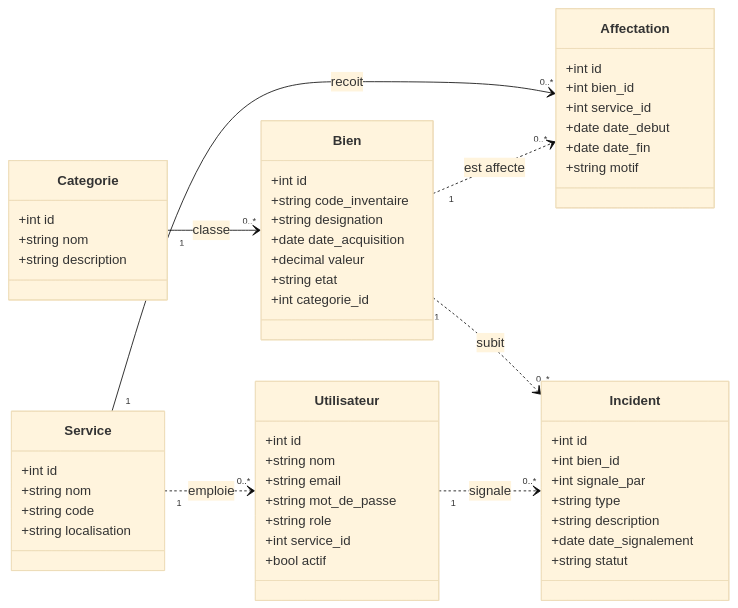
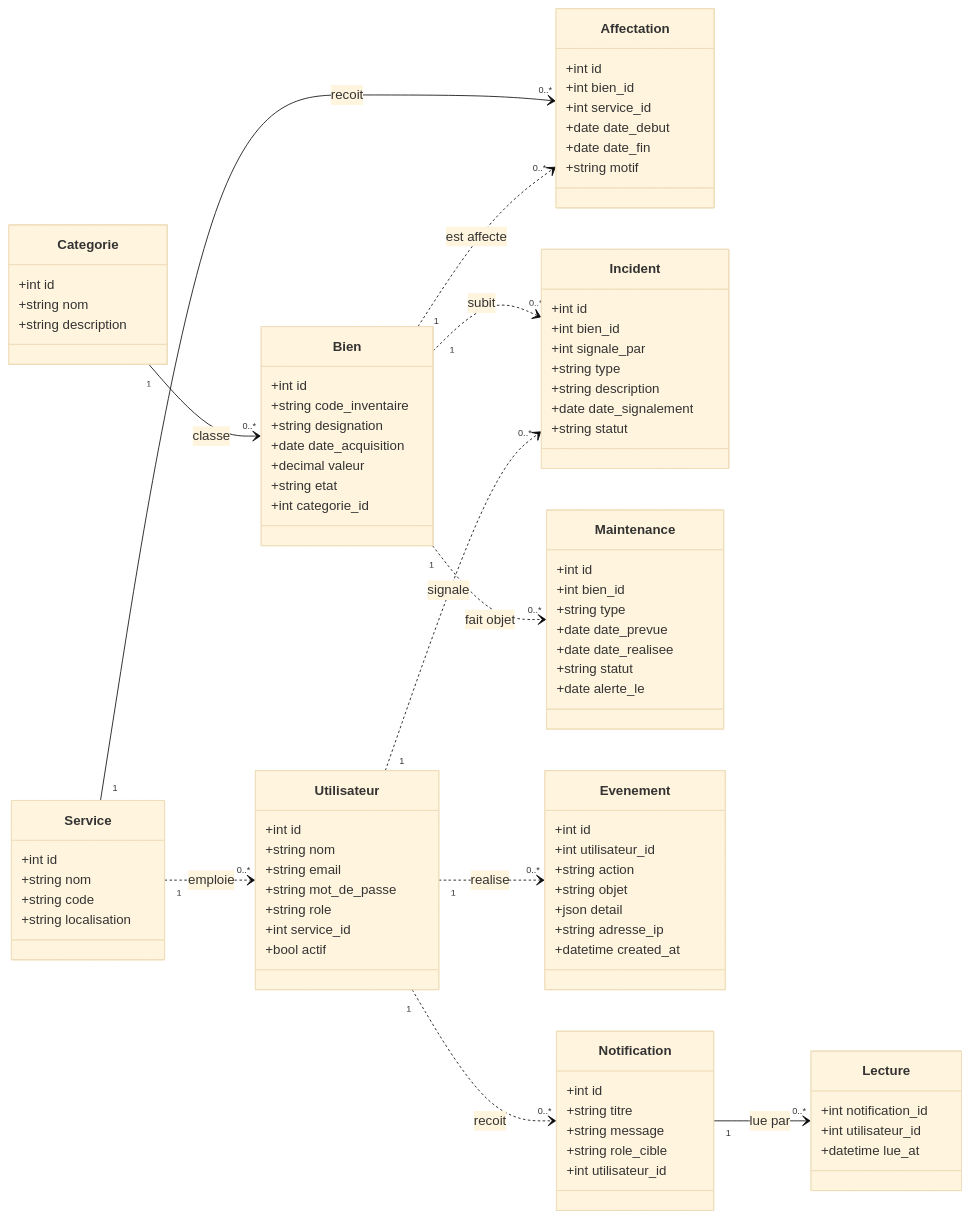
One commit to adigoufelix-hash/patrimoine-etat changed the first of 5 diagrams in docs/UML.md. Above: the diagram before and after it, drawn with Mermaid (base theme). The commit also changed other lines of this file and 7 other files, not shown here.

Commit message:
Documentation complète à jour : sept services, RG13 à RG16, UML, maquettes, README d'installation

````diff
--- a/docs/UML.md
+++ b/docs/UML.md
@@ -61,10 +61,44 @@
   +date date_signalement
   +string statut
 }
+class Maintenance {
+  +int id
+  +int bien_id
+  +string type
+  +date date_prevue
+  +date date_realisee
+  +string statut
+  +date alerte_le
+}
+class Evenement {
+  +int id
+  +int utilisateur_id
+  +string action
+  +string objet
+  +json detail
+  +string adresse_ip
+  +datetime created_at
+}
+class Notification {
+  +int id
+  +string titre
+  +string message
+  +string role_cible
+  +int utilisateur_id
+}
+class Lecture {
+  +int notification_id
+  +int utilisateur_id
+  +datetime lue_at
+}
 Categorie "1" --> "0..*" Bien : classe
 Service "1" --> "0..*" Affectation : recoit
+Notification "1" --> "0..*" Lecture : lue par
 Bien "1" ..> "0..*" Affectation : est affecte
 Bien "1" ..> "0..*" Incident : subit
+Bien "1" ..> "0..*" Maintenance : fait objet
 Utilisateur "1" ..> "0..*" Incident : signale
+Utilisateur "1" ..> "0..*" Evenement : realise
+Utilisateur "1" ..> "0..*" Notification : recoit
 Service "1" ..> "0..*" Utilisateur : emploie
 ```
````
